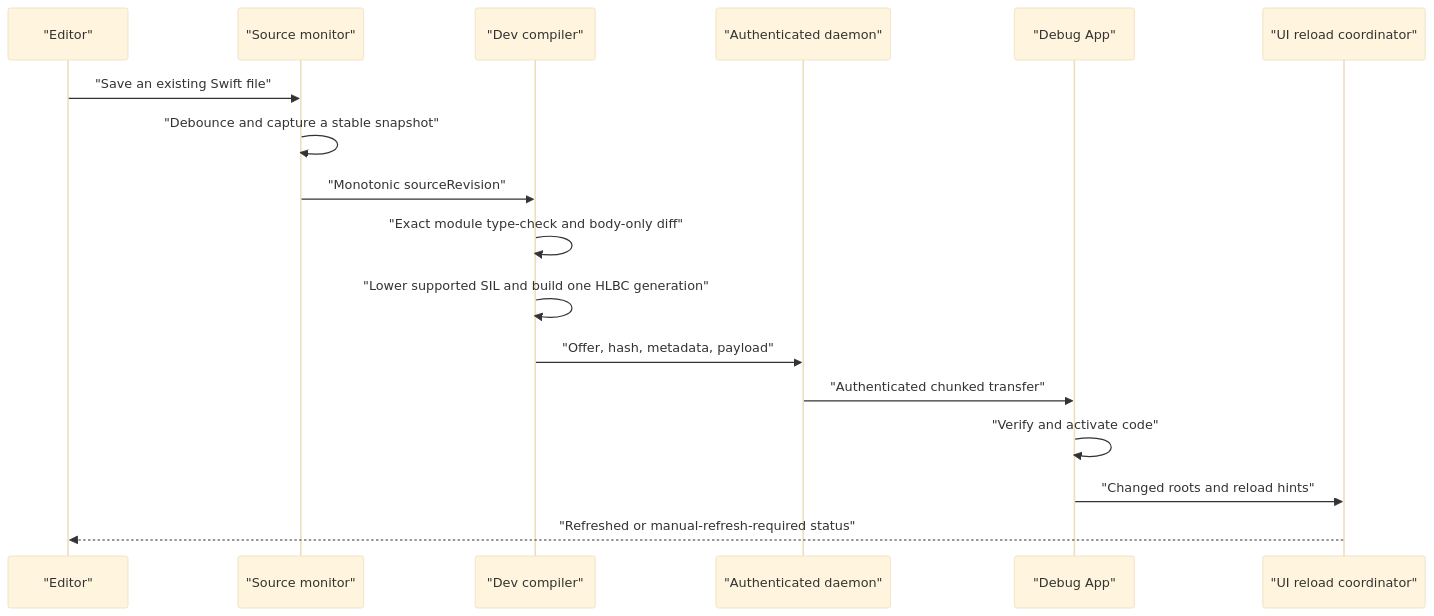
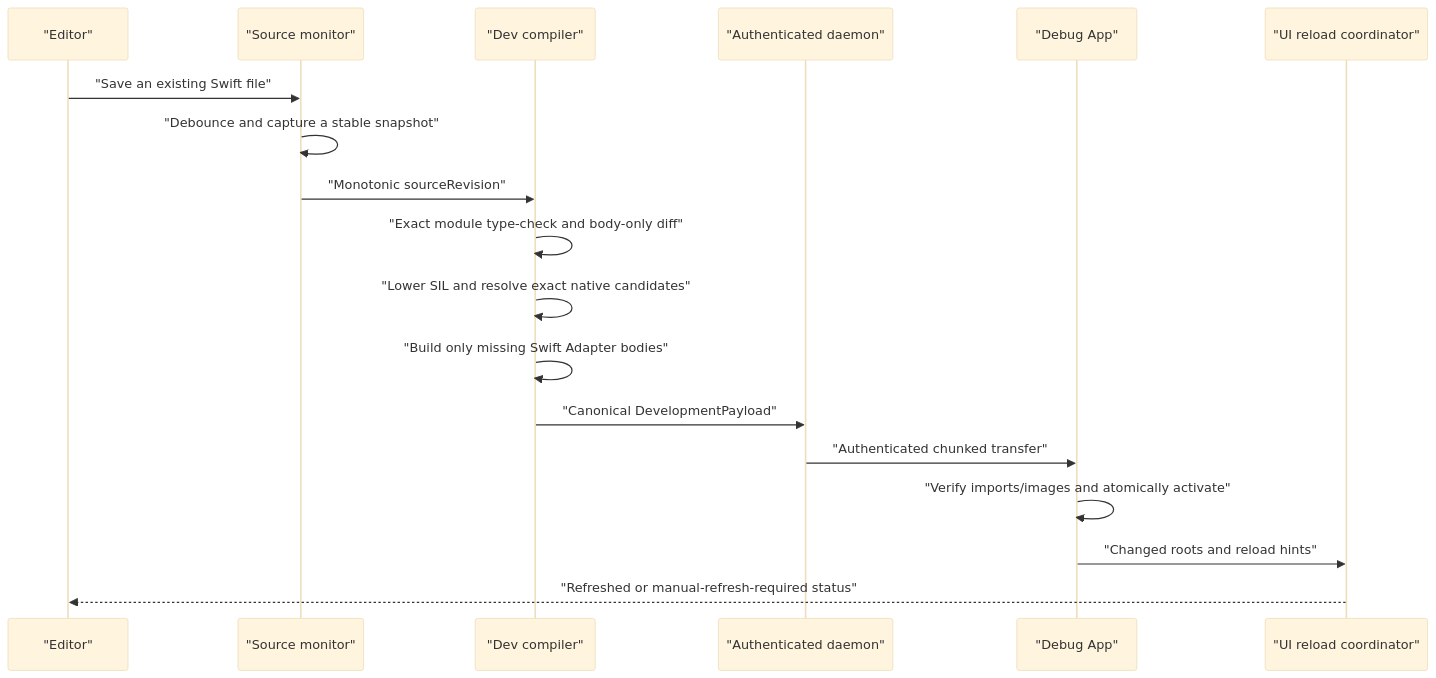
One commit to TangentW/Helix changed the diagram in Docs/Development-Live-Reload.md. Above: the diagram before and after it, drawn with Mermaid (base theme). The commit also changed other lines of this file and 91 other files, not shown here.

Commit message:
feat: add on-demand development native adapters

````diff
--- a/Docs/Development-Live-Reload.md
+++ b/Docs/Development-Live-Reload.md
@@ -79,20 +86,21 @@
 ```mermaid
 sequenceDiagram
     participant E as "Editor"
     participant M as "Source monitor"
     participant C as "Dev compiler"
     participant D as "Authenticated daemon"
     participant A as "Debug App"
     participant U as "UI reload coordinator"
 
     E->>M: "Save an existing Swift file"
     M->>M: "Debounce and capture a stable snapshot"
     M->>C: "Monotonic sourceRevision"
     C->>C: "Exact module type-check and body-only diff"
-    C->>C: "Lower supported SIL and build one HLBC generation"
-    C->>D: "Offer, hash, metadata, payload"
+    C->>C: "Lower SIL and resolve exact native candidates"
+    C->>C: "Build only missing Swift Adapter bodies"
+    C->>D: "Canonical DevelopmentPayload"
     D->>A: "Authenticated chunked transfer"
-    A->>A: "Verify and activate code"
+    A->>A: "Verify imports/images and atomically activate"
     A->>U: "Changed roots and reload hints"
     U-->>E: "Refreshed or manual-refresh-required status"
 ```
````
